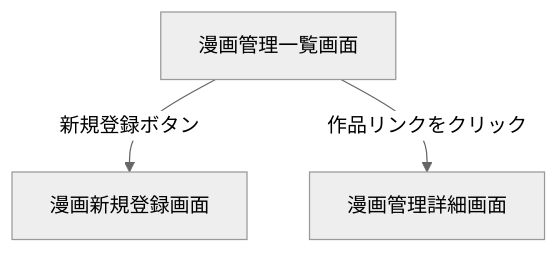
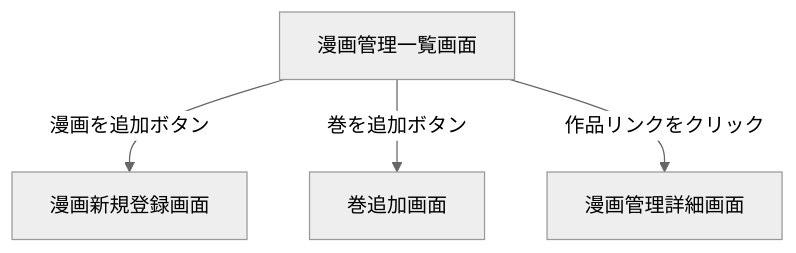
Before and after one commit to gumi-umauma/commic-viwer: the diagram in docs/spec/admin/comics-list.md, drawn with Mermaid (neutral theme). The commit also changed other lines of this file and 10 other files, not shown here.

````diff
--- a/docs/spec/admin/comics-list.md
+++ b/docs/spec/admin/comics-list.md
@@ -31,5 +33,6 @@
 ```mermaid
 graph TD
-  A[漫画管理一覧画面] -->|新規登録ボタン| B[漫画新規登録画面]
+  A[漫画管理一覧画面] -->|漫画を追加ボタン| B[漫画新規登録画面]
+  A -->|巻を追加ボタン| D[巻追加画面]
   A -->|作品リンクをクリック| C[漫画管理詳細画面]
 ```
````
